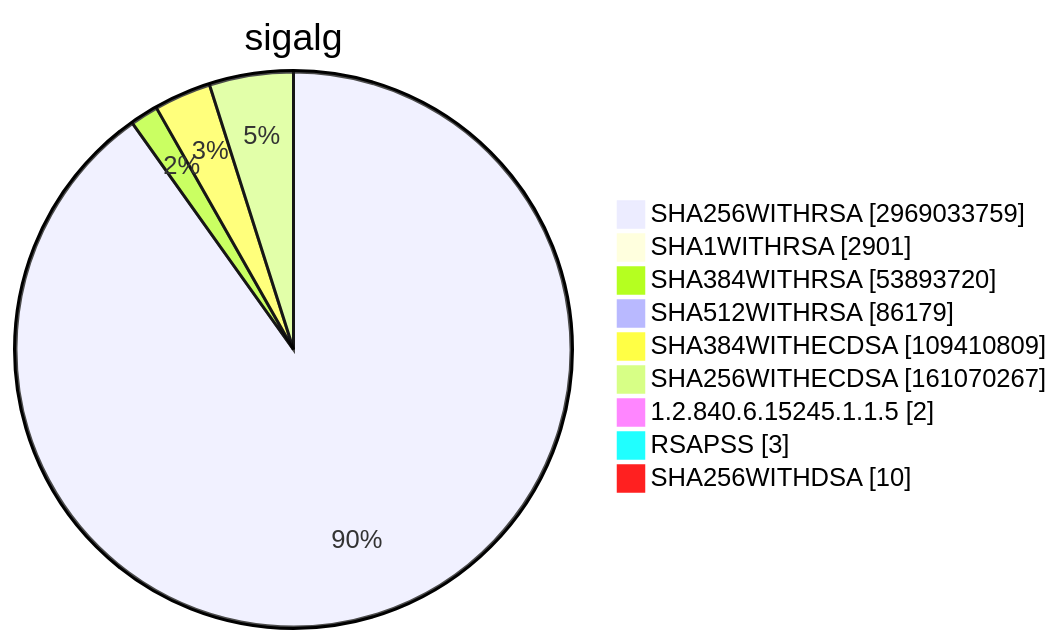
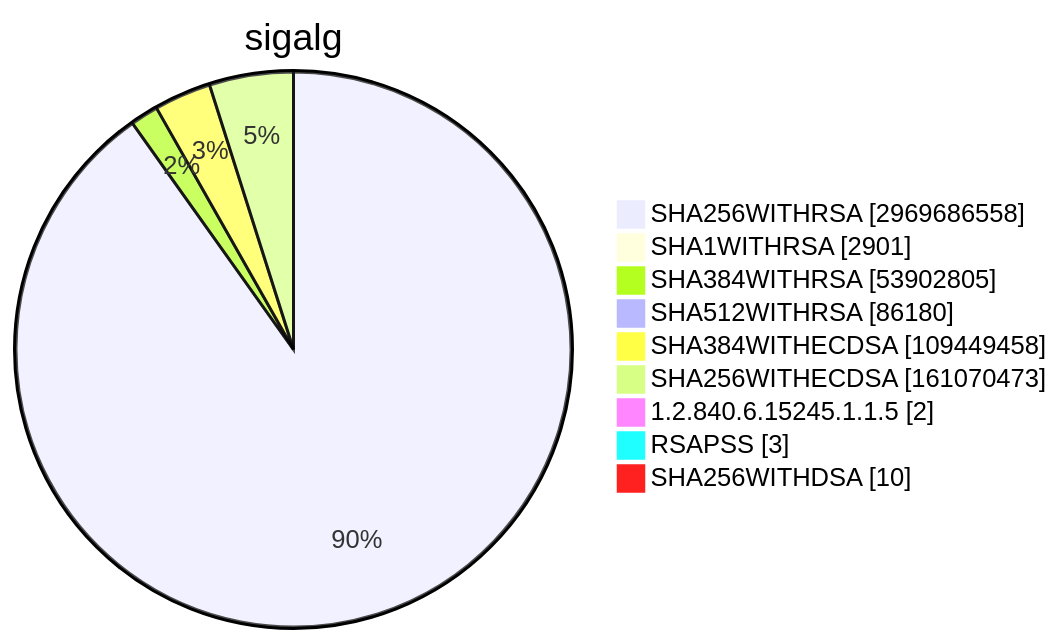
One commit to christiankrug/ctmonitor_visualization changed diagram 15 of 15 in TOTAL/README.md. Above: the diagram before and after it, drawn with Mermaid. The commit also changed other lines of this file, not shown here.

````diff
--- a/TOTAL/README.md
+++ b/TOTAL/README.md
@@ -6208,13 +6208,13 @@
 ```mermaid
 pie showData
 title sigalg
-"SHA256WITHRSA" :2969033759
+"SHA256WITHRSA" :2969686558
 "SHA1WITHRSA" :2901
-"SHA384WITHRSA" :53893720
-"SHA512WITHRSA" :86179
-"SHA384WITHECDSA" :109410809
-"SHA256WITHECDSA" :161070267
+"SHA384WITHRSA" :53902805
+"SHA512WITHRSA" :86180
+"SHA384WITHECDSA" :109449458
+"SHA256WITHECDSA" :161070473
 "1.2.840.6.15245.1.1.5" :2
 "RSAPSS" :3
 "SHA256WITHDSA" :10
 ```
````
